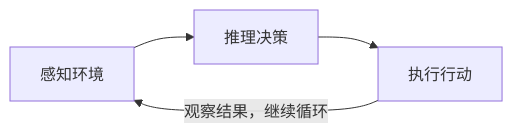
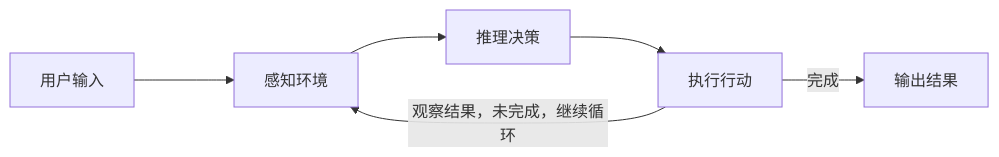
One commit to Libao-Jun/learn-ai-agent changed the first of 11 diagrams in src/content/blog/agent-arch.mdx. Above: the diagram before and after it, drawn with Mermaid. The commit also changed other lines of this file and 3 other files, not shown here.

````diff
--- a/src/content/blog/agent-arch.mdx
+++ b/src/content/blog/agent-arch.mdx
@@ -25,6 +25,8 @@
 ```mermaid
 graph LR
-    A[感知环境] --> B[推理决策]
+    A0[用户输入]--->A[感知环境]
+    A --> B[推理决策]
     B --> C[执行行动]
-    C -->|观察结果，继续循环| A
+    C -->|完成| D[输出结果]
+    C -->|观察结果，未完成，继续循环| A
 ```
````
